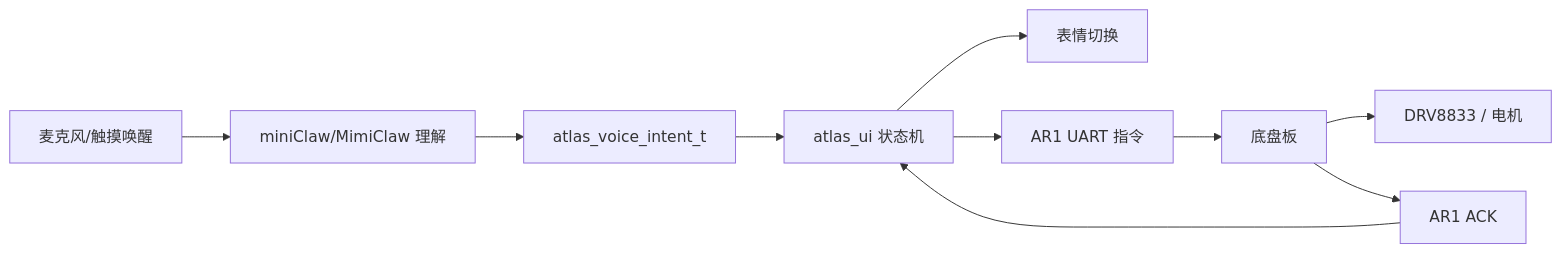
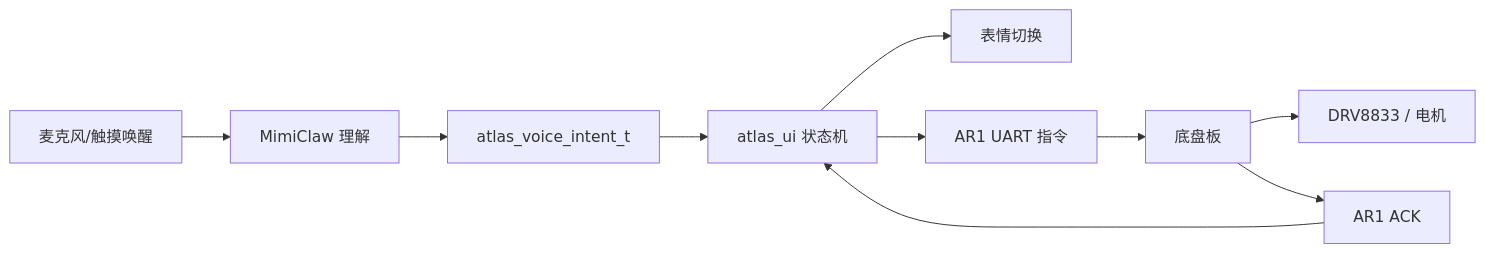
One commit to davidwang960707-gpu/atlas-rover-mk1 changed the diagram in docs/DualEye固件V0.1设计说明_Atlas_Rover_Mk1.md. Above: the diagram before and after it, drawn with Mermaid. The commit also changed other lines of this file and 24 other files, not shown here.

Commit message:
接入 MimiClaw 结构化意图

````diff
--- a/docs/DualEye固件V0.1设计说明_Atlas_Rover_Mk1.md
+++ b/docs/DualEye固件V0.1设计说明_Atlas_Rover_Mk1.md
@@ -72,12 +72,12 @@
 ```mermaid
 flowchart LR
-  A["麦克风/触摸唤醒"] --> B["miniClaw/MimiClaw 理解"]
+  A["麦克风/触摸唤醒"] --> B["MimiClaw 理解"]
   B --> C["atlas_voice_intent_t"]
   C --> D["atlas_ui 状态机"]
   D --> E["表情切换"]
   D --> F["AR1 UART 指令"]
   F --> G["底盘板"]
   G --> H["DRV8833 / 电机"]
   G --> I["AR1 ACK"]
   I --> D
 ```
````
